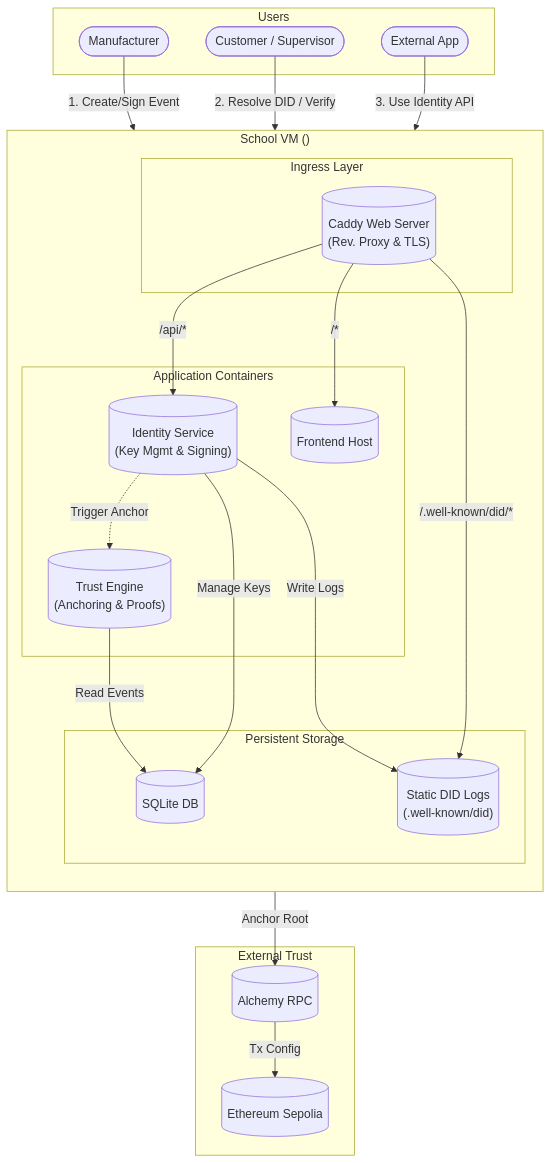
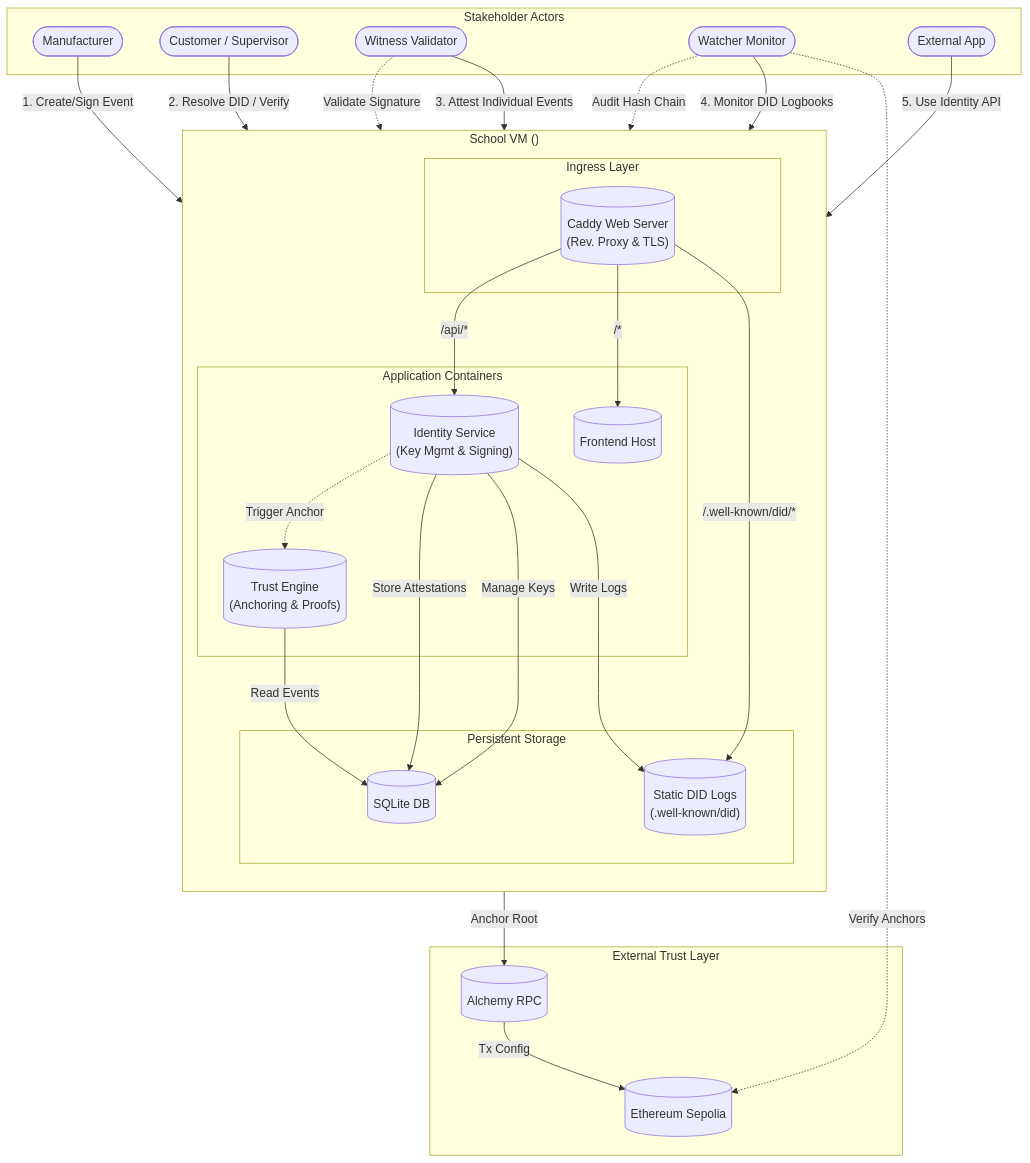
Before and after one commit to Thijmeeee/Enabling-trust-with-DLT-technologies: the first of 3 diagrams in production/PRODUCTION_PLAN.md, drawn with Mermaid. The commit also changed other lines of this file and 1 other file, not shown here.

````diff
--- a/production/PRODUCTION_PLAN.md
+++ b/production/PRODUCTION_PLAN.md
@@ -32,52 +32,61 @@
 ```mermaid
 graph TD
     %% --- User Layer ---
-    subgraph Users ["Users"]
+    subgraph Users ["Stakeholder Actors"]
         Manufacturer([Manufacturer])
         Verifier([Customer / Supervisor])
+        Witness([Witness Validator])
+        Watcher([Watcher Monitor])
         ExtApp([External App])
     end
 
     %% --- School VM (Docker Host) ---
     subgraph VM ["School VM (<VM_IP>)"]
         direction TB
         
         subgraph Proxy ["Ingress Layer"]
             Caddy[("Caddy Web Server<br/>(Rev. Proxy & TLS)")]
         end
         
         subgraph Containers ["Application Containers"]
             IdentityService[("Identity Service<br/>(Key Mgmt & Signing)")]
             TrustEngine[("Trust Engine<br/>(Anchoring & Proofs)")]
             Frontend[("Frontend Host")]
         end
         
         subgraph Storage ["Persistent Storage"]
             SQLite[("SQLite DB")]
             Disk[("Static DID Logs<br/>(.well-known/did)")]
         end
     end
 
     %% --- External ---
-    subgraph External ["External Trust"]
+    subgraph External ["External Trust Layer"]
         Alchemy[("Alchemy RPC")]
         Sepolia[("Ethereum Sepolia")]
     end
 
     %% --- Relations ---
     Manufacturer -->|1. Create/Sign Event| Caddy
     Verifier -->|2. Resolve DID / Verify| Caddy
-    ExtApp -->|3. Use Identity API| Caddy
+    Witness -->|3. Attest Individual Events| Caddy
+    Watcher -->|4. Monitor DID Logbooks| Caddy
+    ExtApp -->|5. Use Identity API| Caddy
 
     Caddy -->|/api/*| IdentityService
     Caddy -->|/.well-known/did/*| Disk
     Caddy -->|/*| Frontend
 
     IdentityService -->|Manage Keys| SQLite
     IdentityService -->|Write Logs| Disk
+    IdentityService -->|Store Attestations| SQLite
     
     IdentityService -.->|Trigger Anchor| TrustEngine
     TrustEngine -->|Read Events| SQLite
     TrustEngine -->|Anchor Root| Alchemy
     Alchemy -->|Tx Config| Sepolia
+    
+    Witness -.->|Validate Signature| Disk
+    Watcher -.->|Audit Hash Chain| Disk
+    Watcher -.->|Verify Anchors| Sepolia
 ```
````
